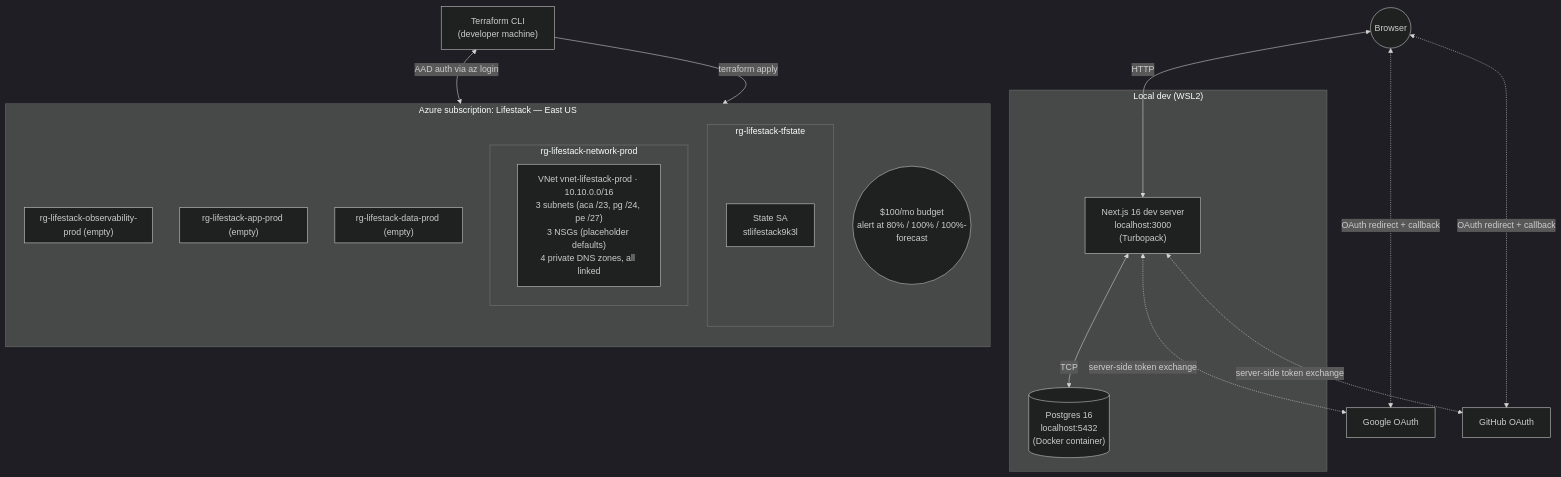
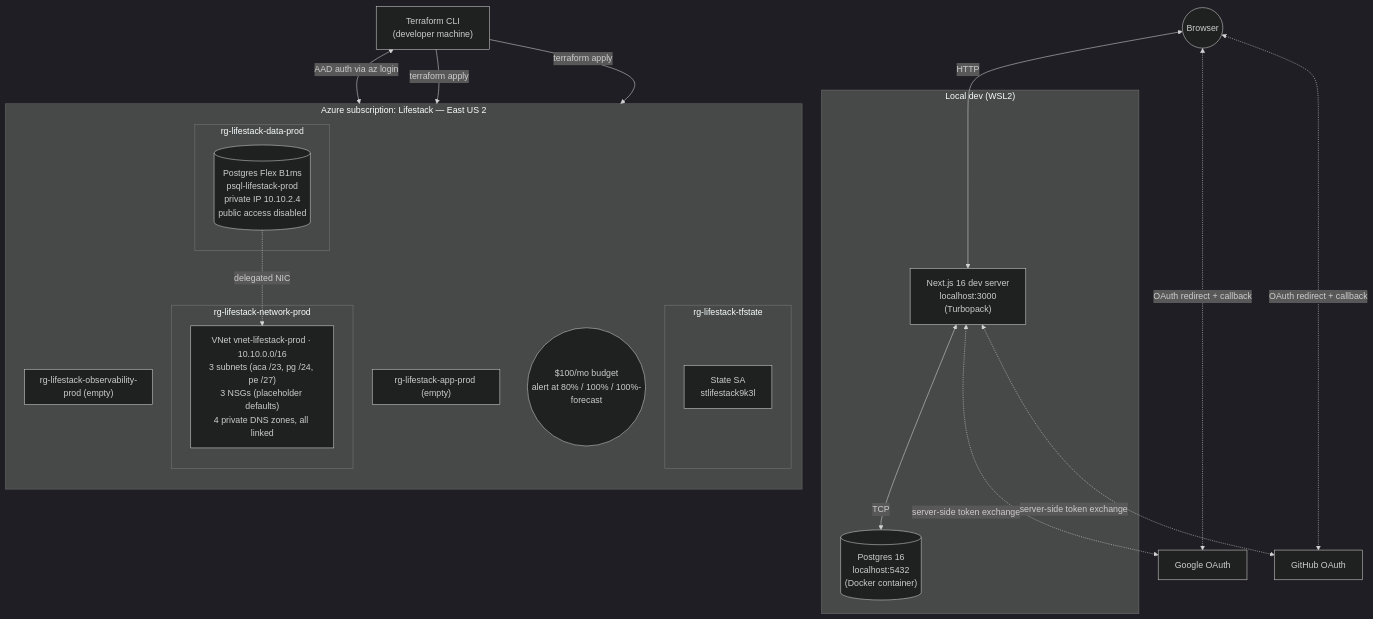
One commit to bkylee/lifestack changed the first of 3 diagrams in docs/architecture.md. Above: the diagram before and after it, drawn with Mermaid (dark theme). The commit also changed other lines of this file and 11 other files, not shown here.

First line of the commit message:
feat: add Postgres Flex module and move region to eastus2

````diff
--- a/docs/architecture.md
+++ b/docs/architecture.md
@@ -13,39 +13,42 @@
 ```mermaid
 flowchart TB
   Browser((Browser))
   Google[Google OAuth]
   GitHub[GitHub OAuth]
 
   subgraph Local["Local dev (WSL2)"]
     Next["Next.js 16 dev server<br/>localhost:3000<br/>(Turbopack)"]
     Pg[("Postgres 16<br/>localhost:5432<br/>(Docker container)")]
     Next <-->|TCP| Pg
   end
 
   Browser <-->|HTTP| Next
   Browser <-.->|OAuth redirect + callback| Google
   Browser <-.->|OAuth redirect + callback| GitHub
   Next <-.->|server-side token exchange| Google
   Next <-.->|server-side token exchange| GitHub
 
-  subgraph AzureSub["Azure subscription: Lifestack — East US"]
+  subgraph AzureSub["Azure subscription: Lifestack — East US 2"]
     direction TB
     subgraph TfRG["rg-lifestack-tfstate"]
       SA["State SA<br/>stlifestack9k3l"]
     end
     subgraph NetRG["rg-lifestack-network-prod"]
       VNet["VNet vnet-lifestack-prod · 10.10.0.0/16<br/>3 subnets (aca /23, pg /24, pe /27)<br/>3 NSGs (placeholder defaults)<br/>4 private DNS zones, all linked"]
     end
-    subgraph DataRG["rg-lifestack-data-prod (empty)"]
+    subgraph DataRG["rg-lifestack-data-prod"]
+      Pg2[("Postgres Flex B1ms<br/>psql-lifestack-prod<br/>private IP 10.10.2.4<br/>public access disabled")]
     end
     subgraph AppRG["rg-lifestack-app-prod (empty)"]
     end
     subgraph ObsRG["rg-lifestack-observability-prod (empty)"]
     end
     Budget(("$100/mo budget<br/>alert at 80% / 100% / 100%-forecast"))
   end
 
   TfCLI["Terraform CLI<br/>(developer machine)"]
   TfCLI <-->|AAD auth via az login| SA
   TfCLI -->|terraform apply| NetRG
+  TfCLI -->|terraform apply| DataRG
+  Pg2 -.->|delegated NIC| VNet
 ```
````
